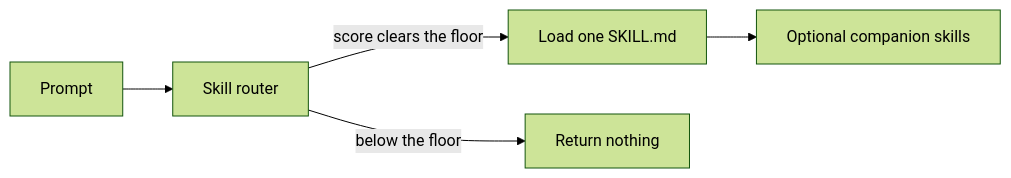
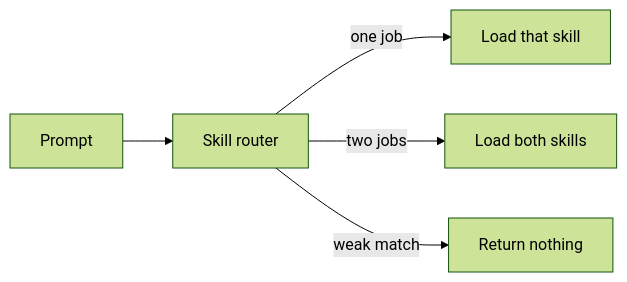
The first of 2 diagrams in README.md (lparuchuru-titan/skill-router), drawn with Mermaid (forest theme) before and after one commit. The commit also changed other lines of this file and 25 other files, not shown here.

First line of the commit message:
Load every skill a prompt asks for, one or more.

````diff
--- a/README.md
+++ b/README.md
@@ -11,7 +11,7 @@
 ```mermaid
 flowchart LR
   P[Prompt] --> R[Skill router]
-  R -->|score clears the floor| S[Load one SKILL.md]
-  R -->|below the floor| A[Return nothing]
-  S --> C[Optional companion skills]
+  R -->|one job| S[Load that skill]
+  R -->|two jobs| M[Load both skills]
+  R -->|weak match| A[Return nothing]
 ```
````
